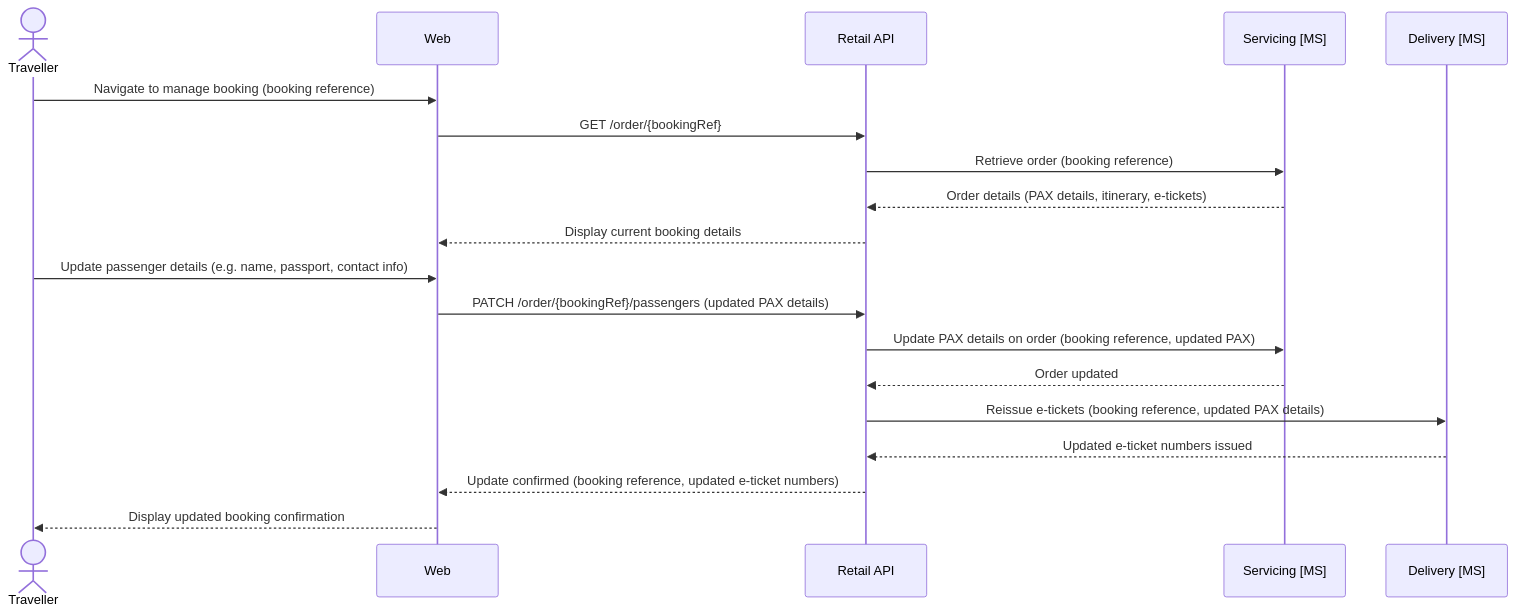
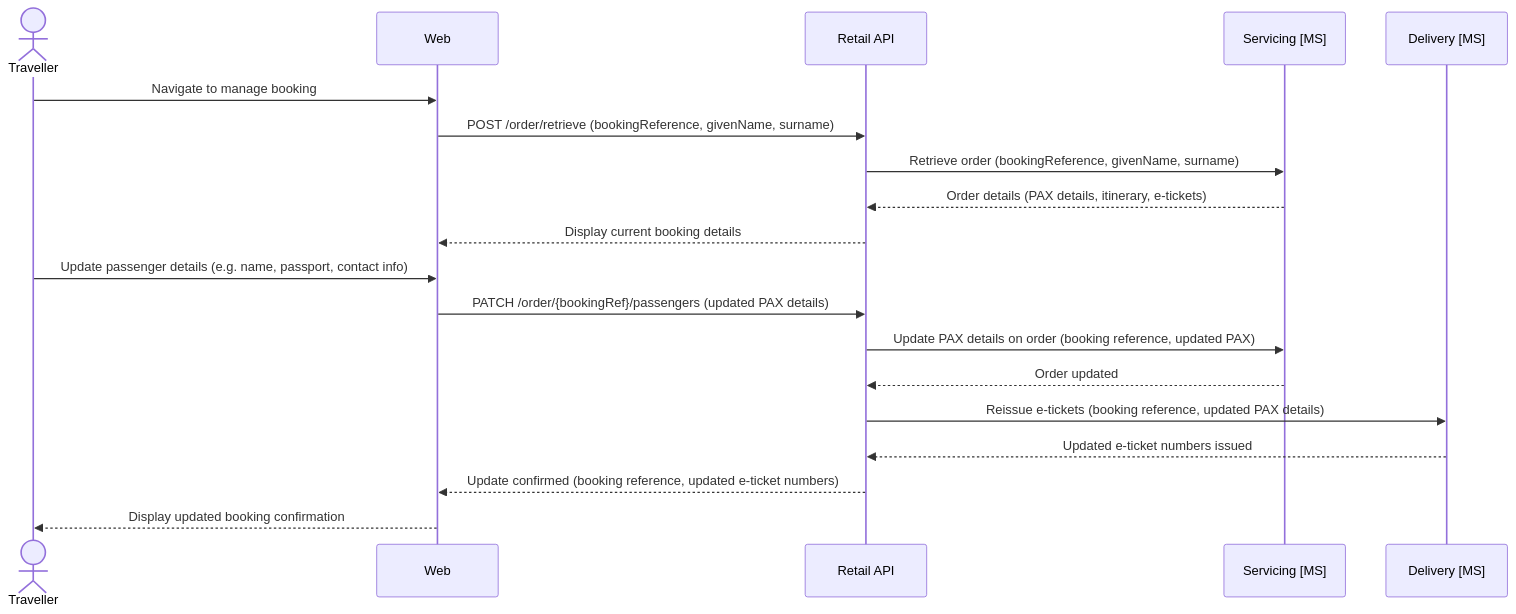
Before and after one commit to sebharvey/airline-reservation-system: the fourth of 7 diagrams in architecture/design.md, drawn with Mermaid. The commit also changed other lines of this file, not shown here.

````diff
--- a/architecture/design.md
+++ b/architecture/design.md
@@ -506,27 +510,27 @@
 ```mermaid
 sequenceDiagram
     actor Traveller
     participant Web
     participant RetailAPI as Retail API
     participant ServicingMS as Servicing [MS]
     participant DeliveryMS as Delivery [MS]
 
-    Traveller->>Web: Navigate to manage booking (booking reference)
+    Traveller->>Web: Navigate to manage booking
 
-    Web->>RetailAPI: GET /order/{bookingRef}
-    RetailAPI->>ServicingMS: Retrieve order (booking reference)
+    Web->>RetailAPI: POST /order/retrieve (bookingReference, givenName, surname)
+    RetailAPI->>ServicingMS: Retrieve order (bookingReference, givenName, surname)
     ServicingMS-->>RetailAPI: Order details (PAX details, itinerary, e-tickets)
     RetailAPI-->>Web: Display current booking details
 
     Traveller->>Web: Update passenger details (e.g. name, passport, contact info)
 
     Web->>RetailAPI: PATCH /order/{bookingRef}/passengers (updated PAX details)
     RetailAPI->>ServicingMS: Update PAX details on order (booking reference, updated PAX)
     ServicingMS-->>RetailAPI: Order updated
 
     RetailAPI->>DeliveryMS: Reissue e-tickets (booking reference, updated PAX details)
     DeliveryMS-->>RetailAPI: Updated e-ticket numbers issued
 
     RetailAPI-->>Web: Update confirmed (booking reference, updated e-ticket numbers)
     Web-->>Traveller: Display updated booking confirmation
 ```
````
